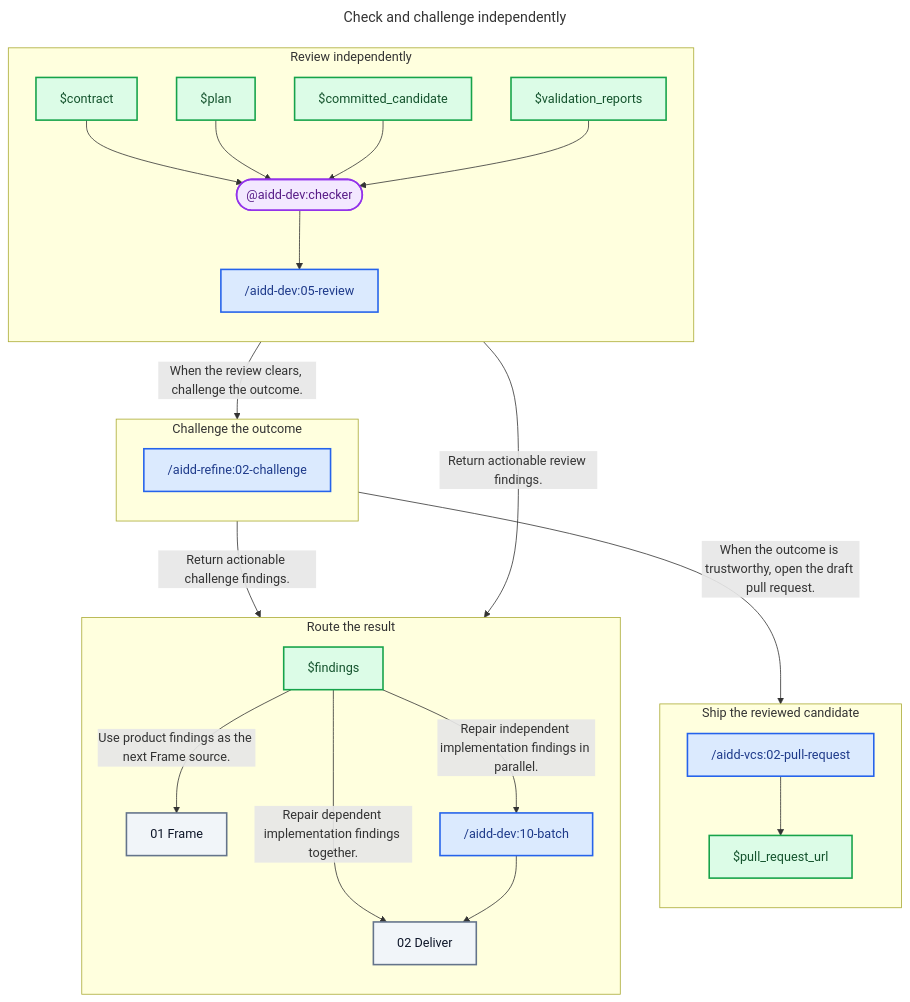
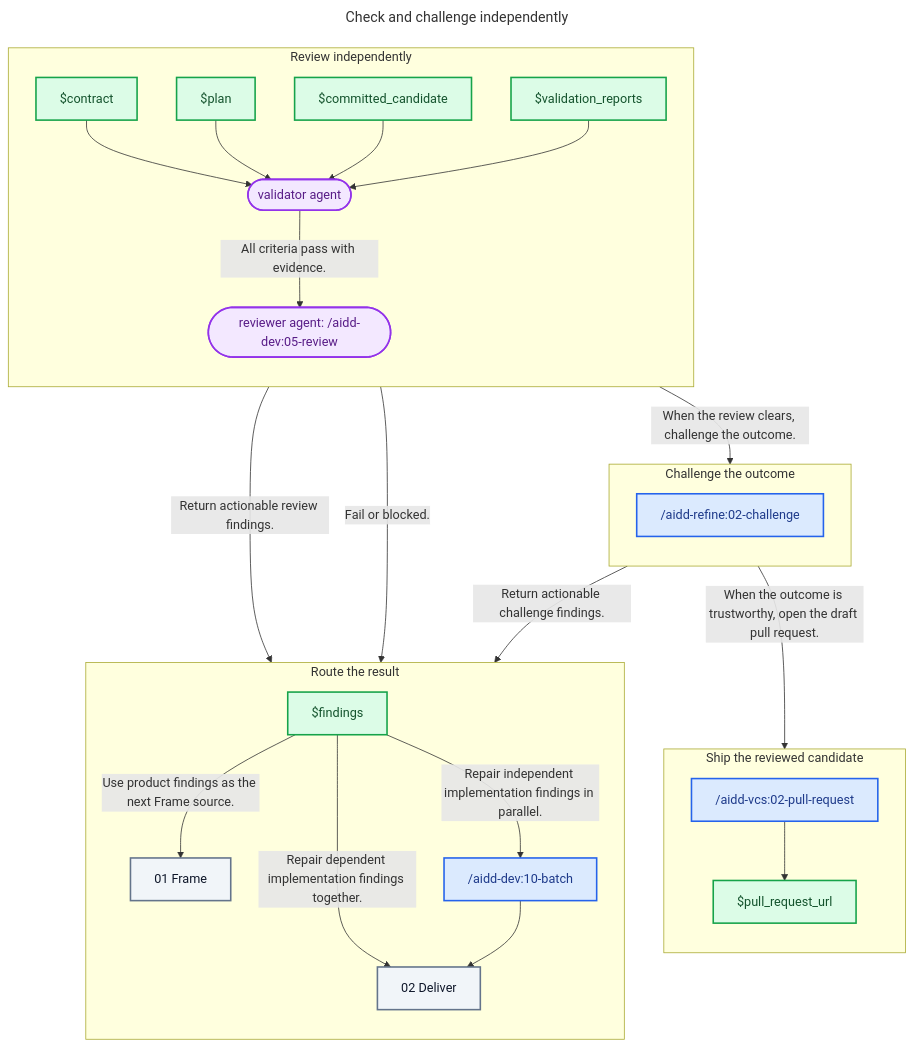
Before and after one commit to ai-driven-dev/framework: the diagram in plugins/aidd-orchestrator/skills/01-sdlc/references/03-check.md, drawn with Mermaid. The commit also changed other lines of this file and 91 other files, not shown here.

````diff
--- a/plugins/aidd-orchestrator/skills/01-sdlc/references/03-check.md
+++ b/plugins/aidd-orchestrator/skills/01-sdlc/references/03-check.md
@@ -22,59 +25,60 @@
 ```mermaid
 ---
 title: Check and challenge independently
 ---
 flowchart TD
   subgraph ReviewStage["Review independently"]
     direction TB
     Contract["$contract"]
     Plan["$plan"]
     CommittedCandidate["$committed_candidate"]
     ValidationReports["$validation_reports"]
-    Checker(["@aidd-dev:checker"])
-    Review["/aidd-dev:05-review"]
+    Validator(["validator agent"])
+    Reviewer(["reviewer agent: /aidd-dev:05-review"])
   end
 
   subgraph ChallengeStage["Challenge the outcome"]
     direction TB
     Challenge["/aidd-refine:02-challenge"]
   end
 
   subgraph RouteStage["Route the result"]
     direction TB
     Findings["$findings"]
     Frame["01 Frame"]
     Batch["/aidd-dev:10-batch"]
     Deliver["02 Deliver"]
   end
 
   subgraph ShipStage["Ship the reviewed candidate"]
     direction TB
     PullRequest["/aidd-vcs:02-pull-request"]
     PullRequestUrl["$pull_request_url"]
   end
 
-  Contract --> Checker
-  Plan --> Checker
-  CommittedCandidate --> Checker
-  ValidationReports --> Checker
-  Checker --> Review
-  Review -- "Return actionable review findings." --> Findings
-  Review -- "When the review clears, challenge the outcome." --> Challenge
+  Contract --> Validator
+  Plan --> Validator
+  CommittedCandidate --> Validator
+  ValidationReports --> Validator
+  Validator -- "All criteria pass with evidence." --> Reviewer
+  Validator -- "Fail or blocked." --> Findings
+  Reviewer -- "Return actionable review findings." --> Findings
+  Reviewer -- "When the review clears, challenge the outcome." --> Challenge
   Challenge -- "Return actionable challenge findings." --> Findings
   Challenge -- "When the outcome is trustworthy, open the draft pull request." --> PullRequest
   Findings -- "Use product findings as the next Frame source." --> Frame
   Findings -- "Repair independent implementation findings in parallel." --> Batch
   Findings -- "Repair dependent implementation findings together." --> Deliver
   Batch --> Deliver
   PullRequest --> PullRequestUrl
 
   classDef skill fill:#DBEAFE,stroke:#2563EB,color:#1E3A8A,stroke-width:2px
   classDef agent fill:#F3E8FF,stroke:#9333EA,color:#581C87,stroke-width:2px
   classDef artifact fill:#DCFCE7,stroke:#16A34A,color:#14532D,stroke-width:2px
   classDef zone fill:#F1F5F9,stroke:#64748B,color:#0F172A,stroke-width:2px
 
-  class Review,Challenge,Batch,PullRequest skill
-  class Checker agent
+  class Challenge,Batch,PullRequest skill
+  class Reviewer,Validator agent
   class Contract,Plan,CommittedCandidate,ValidationReports,Findings,PullRequestUrl artifact
   class Frame,Deliver zone
 ```
````
